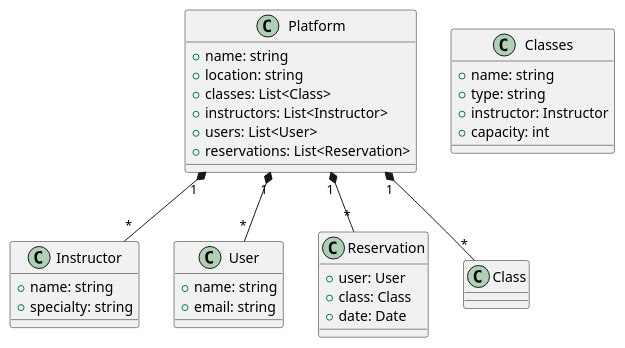
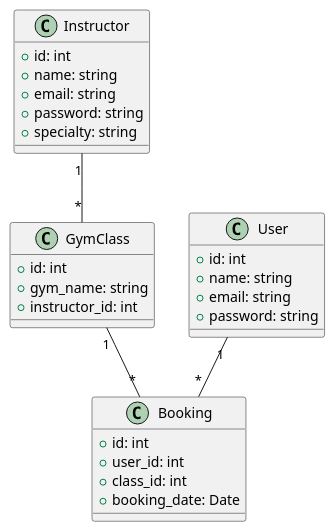
Before and after one commit to joaquinpiastre/Power-App: the diagram in doc/clases.puml, drawn with PlantUML. The commit also changed 1 other file, not shown here.

```diff
--- a/doc/clases.puml
+++ b/doc/clases.puml
@@ -1,40 +1,39 @@
 @startuml PowerAPP class
 
-class Platform {
-  +name: string
-  +location: string
-  +classes: List<Class>
-  +instructors: List<Instructor>
-  +users: List<User>
-  +reservations: List<Reservation>
+class Booking {
+  +id: int
+  +user_id: int
+  +class_id: int
+  +booking_date: Date
 }
 
-class Classes {
-  +name: string
-  +type: string
-  +instructor: Instructor
-  +capacity: int
+class GymClass {
+  +id: int
+  +gym_name: string
+  +instructor_id: int
 }
 
 class Instructor {
+  +id: int
   +name: string
+  +email: string
+  +password: string
   +specialty: string
 }
 
 class User {
+  +id: int
   +name: string
   +email: string
+  +password: string
 }
 
-class Reservation {
-  +user: User
-  +class: Class
-  +date: Date
-}
+' Un User puede tener muchas Booking (1 a muchos)
+' Una GymClass puede tener muchas Booking (1 a muchos)
+' Un Instructor puede instruir muchas GymClass (1 a muchos)
 
-Platform "1" *-- "*" Class
-Platform "1" *-- "*" Instructor
-Platform "1" *-- "*" User
-Platform "1" *-- "*" Reservation
+User "1" -- "*" Booking
+GymClass "1" -- "*" Booking
+Instructor "1" -- "*" GymClass
 
 @enduml
```
